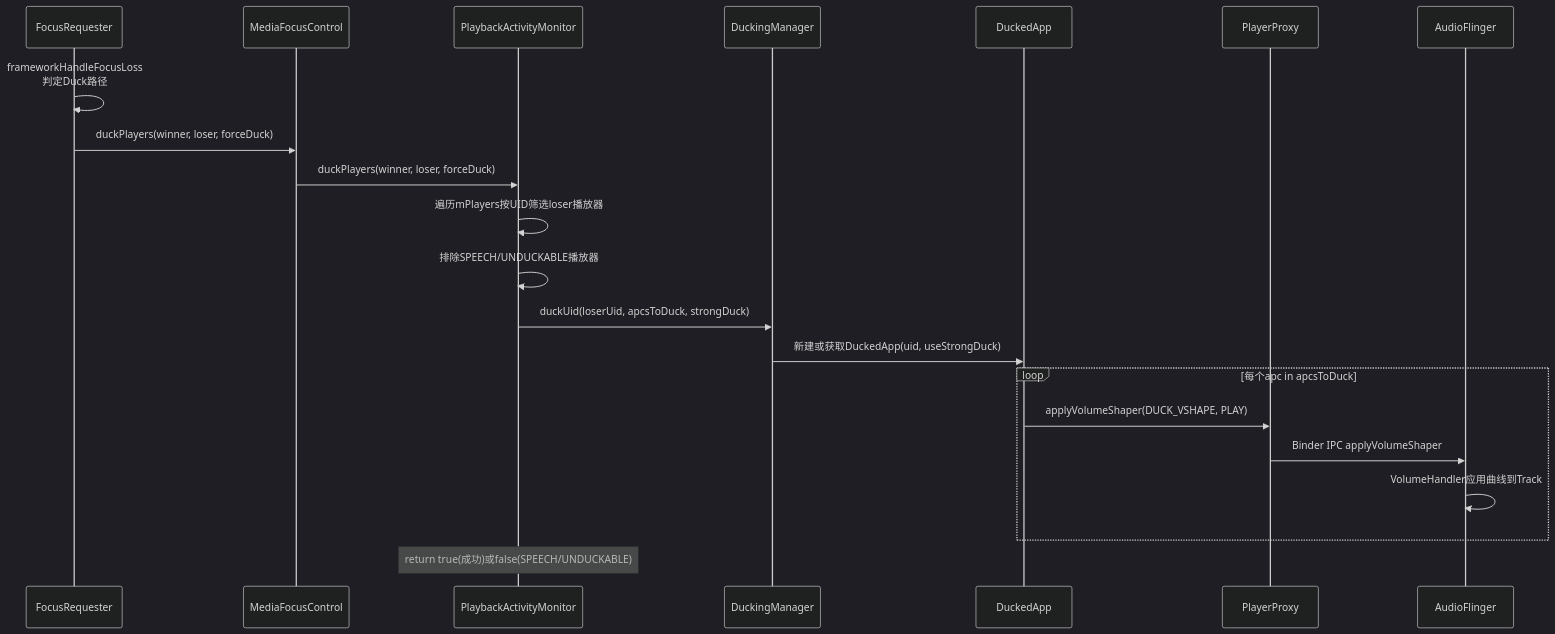
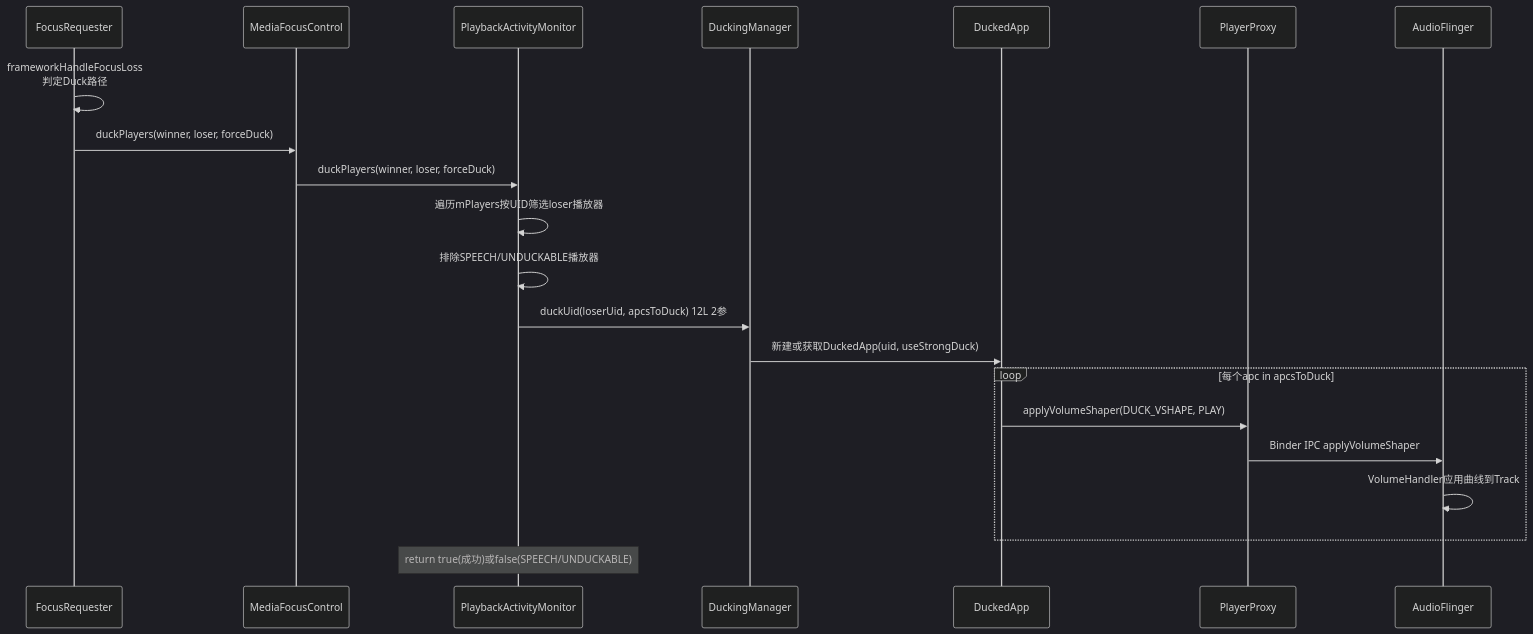
Before and after one commit to yanglinzhen1022/SA8295_AAOS_QNX_Audio_KnowledgeBase: the third of 9 diagrams in 12_Audio_Focus_Deep_Dive/12_12.14_焦点与音量的联动机制.md, drawn with Mermaid (dark theme). The commit also changed other lines of this file and 14 other files, not shown here.

````diff
--- a/12_Audio_Focus_Deep_Dive/12_12.14_焦点与音量的联动机制.md
+++ b/12_Audio_Focus_Deep_Dive/12_12.14_焦点与音量的联动机制.md
@@ -248,24 +230,24 @@
 ```mermaid
 sequenceDiagram
     participant FR as FocusRequester
     participant MFC as MediaFocusControl
     participant PAM as PlaybackActivityMonitor
     participant DM as DuckingManager
     participant DA as DuckedApp
     participant PP as PlayerProxy
     participant AF as AudioFlinger
 
     FR->>FR: frameworkHandleFocusLoss<br>判定Duck路径
     FR->>MFC: duckPlayers(winner, loser, forceDuck)
     MFC->>PAM: duckPlayers(winner, loser, forceDuck)
     PAM->>PAM: 遍历mPlayers按UID筛选loser播放器
     PAM->>PAM: 排除SPEECH/UNDUCKABLE播放器
-    PAM->>DM: duckUid(loserUid, apcsToDuck, strongDuck)
+    PAM->>DM: duckUid(loserUid, apcsToDuck) 12L 2参
     DM->>DA: 新建或获取DuckedApp(uid, useStrongDuck)
     loop 每个apc in apcsToDuck
         DA->>PP: applyVolumeShaper(DUCK_VSHAPE, PLAY)
         PP->>AF: Binder IPC applyVolumeShaper
         AF->>AF: VolumeHandler应用曲线到Track
     end
     Note over PAM: return true(成功)或false(SPEECH/UNDUCKABLE)
 ```
````
